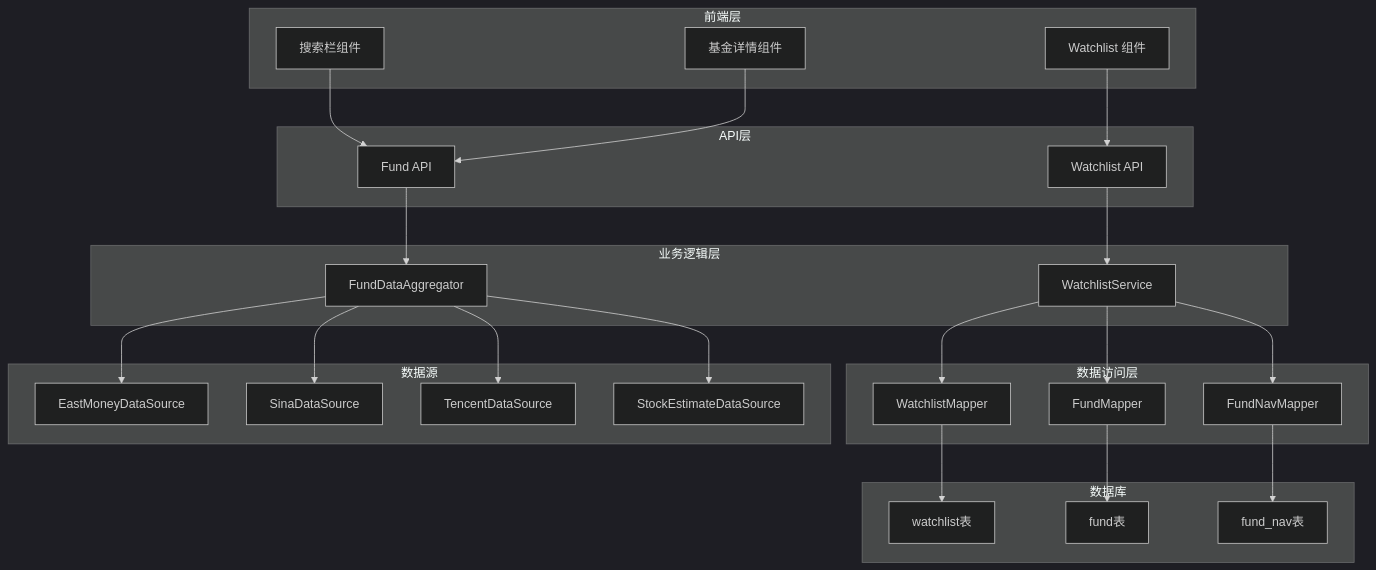
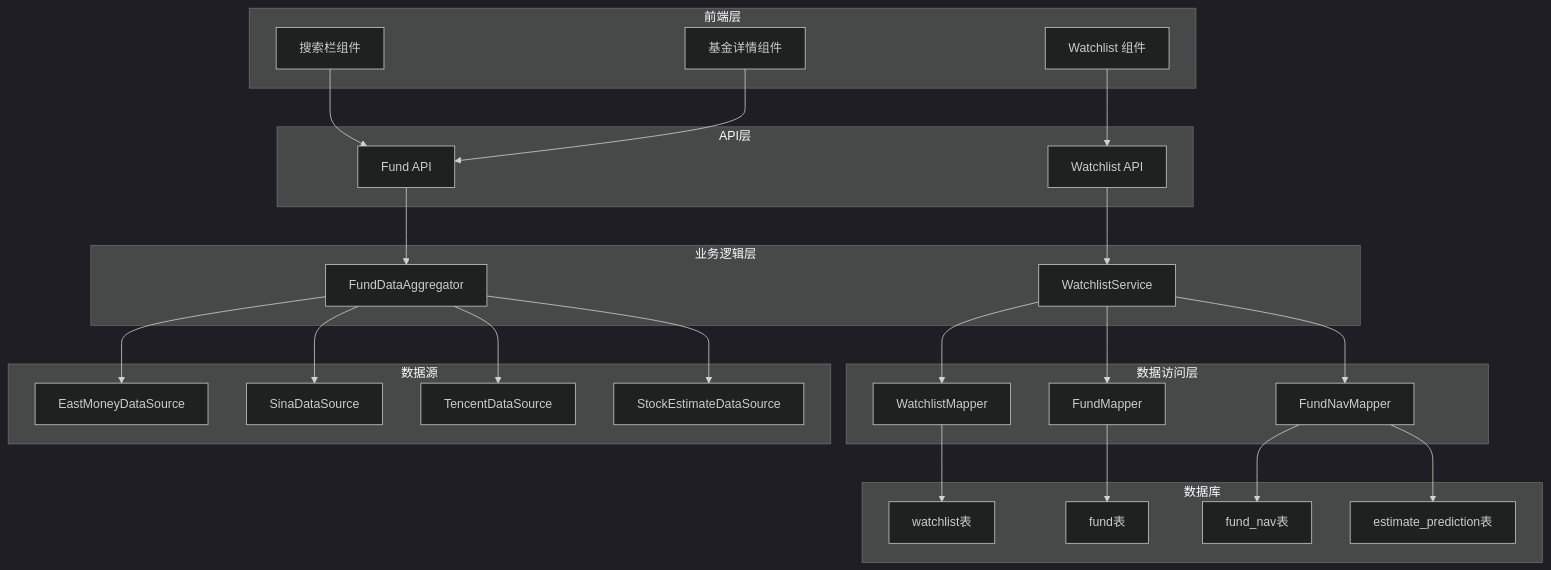
The first of 9 diagrams in .qoder/repowiki/zh/content/Watchlist Enhancement.md (gree-coder/fund-butler), drawn with Mermaid (dark theme) before and after one commit. The commit also changed other lines of this file and 34 other files, not shown here.

````diff
--- a/.qoder/repowiki/zh/content/Watchlist Enhancement.md
+++ b/.qoder/repowiki/zh/content/Watchlist Enhancement.md
@@ -43,47 +53,49 @@
 ```mermaid
 graph TB
 subgraph "前端层"
 FE1[Watchlist 组件]
 FE2[搜索栏组件]
 FE3[基金详情组件]
 end
 subgraph "API层"
 API1[Watchlist API]
 API2[Fund API]
 end
 subgraph "业务逻辑层"
 SVC1[WatchlistService]
 SVC2[FundDataAggregator]
 end
 subgraph "数据访问层"
 MAP1[WatchlistMapper]
 MAP2[FundMapper]
 MAP3[FundNavMapper]
 end
 subgraph "数据源"
 DS1[EastMoneyDataSource]
 DS2[SinaDataSource]
 DS3[TencentDataSource]
 DS4[StockEstimateDataSource]
 end
 subgraph "数据库"
 DB1[watchlist表]
 DB2[fund表]
 DB3[fund_nav表]
+DB4[estimate_prediction表]
 end
 FE1 --> API1
 FE2 --> API2
 FE3 --> API2
 API1 --> SVC1
 API2 --> SVC2
 SVC1 --> MAP1
 SVC1 --> MAP2
 SVC1 --> MAP3
 SVC2 --> DS1
 SVC2 --> DS2
 SVC2 --> DS3
 SVC2 --> DS4
 MAP1 --> DB1
 MAP2 --> DB2
 MAP3 --> DB3
+MAP3 --> DB4
 ```
````
